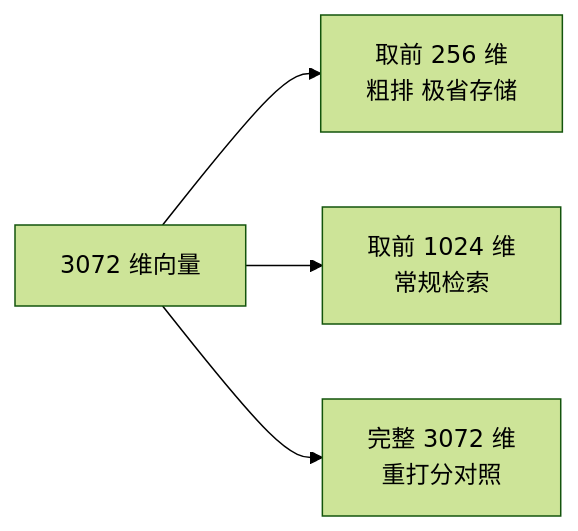
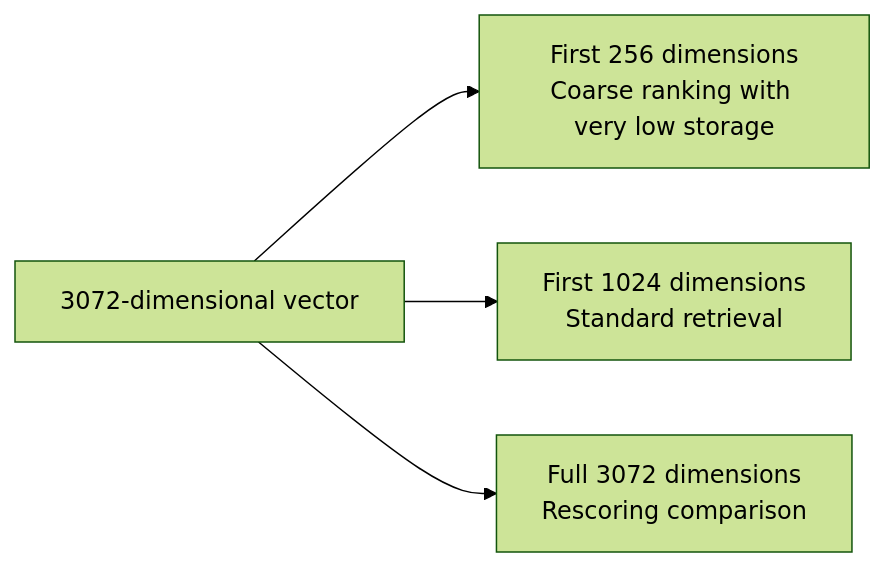
The third of 3 diagrams in docs/rag/02-ingestion-indexing/07-embedding-selection.md (oneleaveknowsthefall/awesome-ai-roadmap), drawn with Mermaid (forest theme) before and after one commit. The commit also changed other lines of this file and 60 other files, not shown here.

````diff
--- a/docs/rag/02-ingestion-indexing/07-embedding-selection.md
+++ b/docs/rag/02-ingestion-indexing/07-embedding-selection.md
@@ -106,6 +106,6 @@
 ```mermaid
 flowchart LR
-    V[3072 维向量] --> C1[取前 256 维<br/>粗排 极省存储]
-    V --> C2[取前 1024 维<br/>常规检索]
-    V --> C3[完整 3072 维<br/>重打分对照]
+    V[3072-dimensional vector] --> C1[First 256 dimensions<br/>Coarse ranking with very low storage]
+    V --> C2[First 1024 dimensions<br/>Standard retrieval]
+    V --> C3[Full 3072 dimensions<br/>Rescoring comparison]
 ```
````
